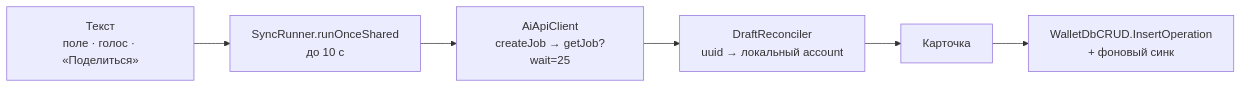
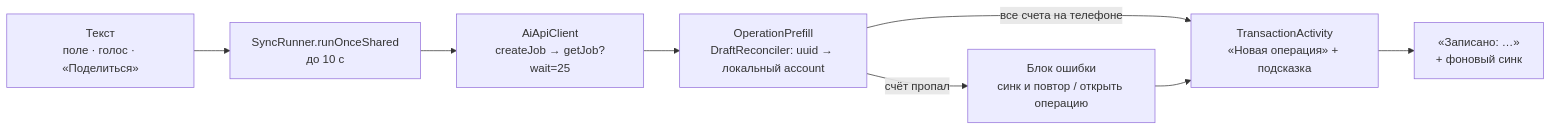
The third of 3 diagrams in docs/ARCHITECTURE.md (WalletTransactions/android-wallet), drawn with Mermaid before and after one commit. The commit also changed other lines of this file and 18 other files, not shown here.

````diff
--- a/docs/ARCHITECTURE.md
+++ b/docs/ARCHITECTURE.md
@@ -411,8 +412,10 @@
 ```mermaid
 flowchart LR
     T["Текст<br/>поле · голос · «Поделиться»"] --> S["SyncRunner.runOnceShared<br/>до 10 с"]
     S --> J["AiApiClient<br/>createJob → getJob?wait=25"]
-    J --> R["DraftReconciler<br/>uuid → локальный account"]
-    R --> C["Карточка"]
-    C --> W["WalletDbCRUD.InsertOperation<br/>+ фоновый синк"]
+    J --> R["OperationPrefill<br/>DraftReconciler: uuid → локальный account"]
+    R -->|все счета на телефоне| W["TransactionActivity<br/>«Новая операция» + подсказка"]
+    R -->|счёт пропал| P["Блок ошибки<br/>синк и повтор / открыть операцию"]
+    P --> W
+    W --> D["«Записано: …»<br/>+ фоновый синк"]
 ```
````
